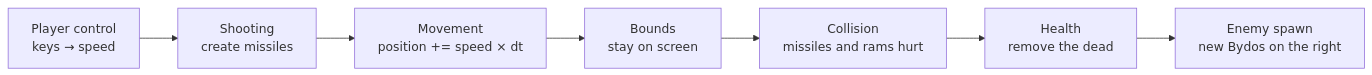
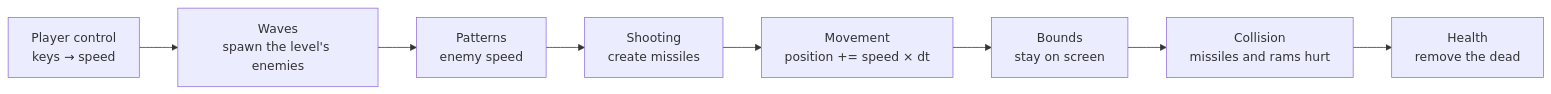
Before and after one commit to eric-faure-dunand/T-type: the diagram in doc/Gameplay.md, drawn with Mermaid. The commit also changed other lines of this file and 1 other file, not shown here.

````diff
--- a/doc/Gameplay.md
+++ b/doc/Gameplay.md
@@ -19,9 +19,10 @@
 ```mermaid
 flowchart LR
-    A[Player control<br>keys → speed] --> B[Shooting<br>create missiles]
+    A[Player control<br>keys → speed] --> W[Waves<br>spawn the level's enemies]
+    W --> P[Patterns<br>enemy speed]
+    P --> B[Shooting<br>create missiles]
     B --> C[Movement<br>position += speed × dt]
     C --> D[Bounds<br>stay on screen]
     D --> E[Collision<br>missiles and rams hurt]
     E --> F[Health<br>remove the dead]
-    F --> G[Enemy spawn<br>new Bydos on the right]
 ```
````
